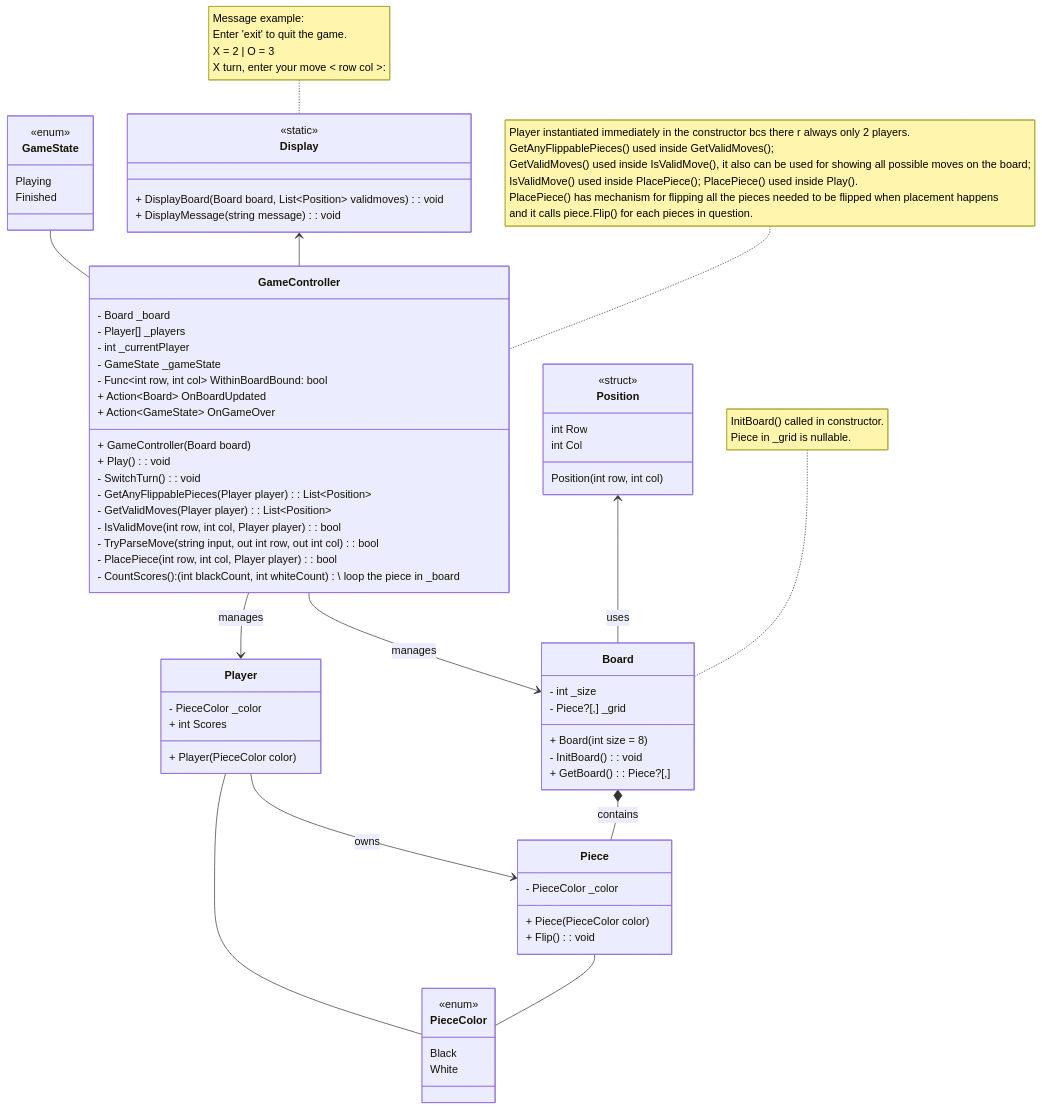
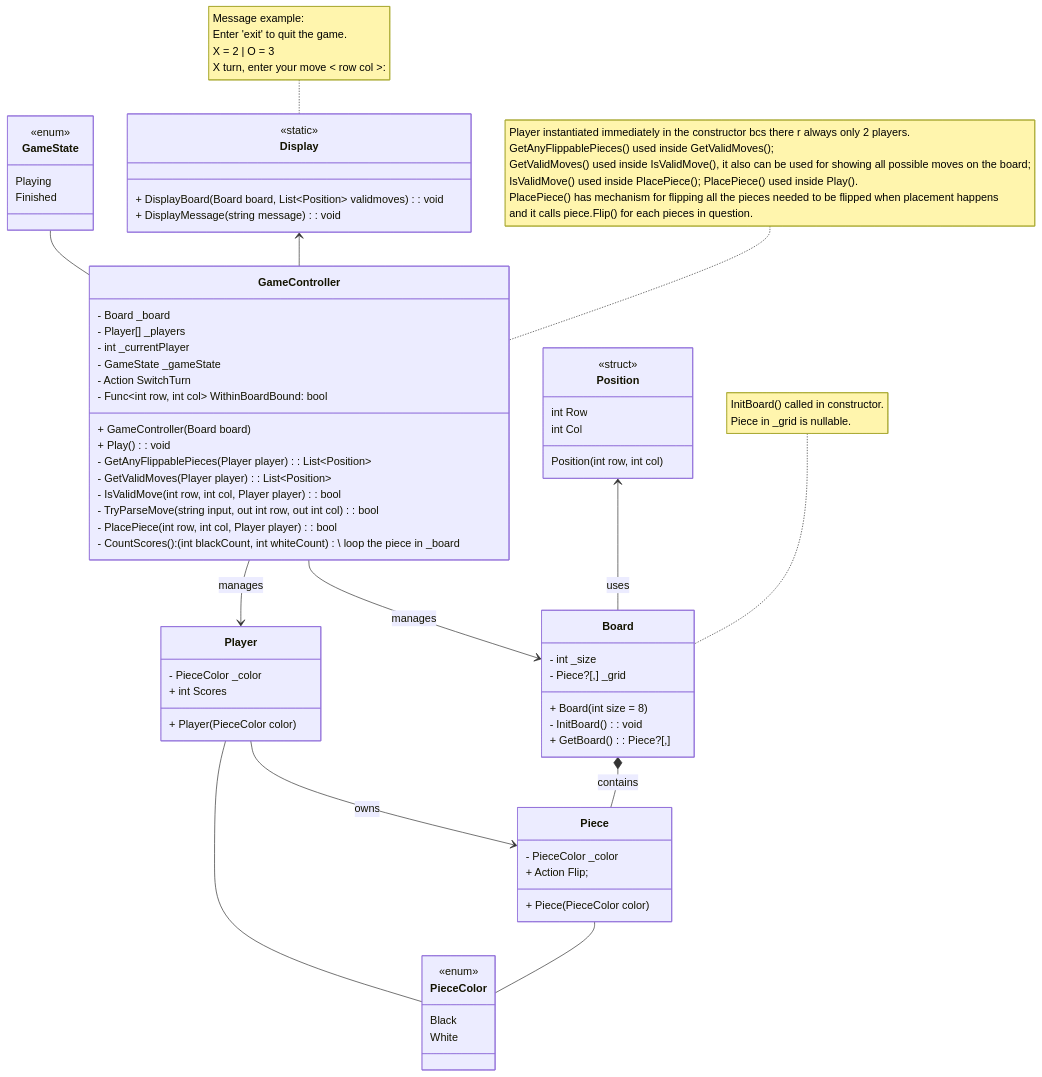
One commit to soniaagst/project-sonia changed the diagram in BoardGame/othelloworld.mmd. Above: the diagram before and after it, drawn with Mermaid.

Commit message:
updated class diagram

```diff
--- a/BoardGame/othelloworld.mmd
+++ b/BoardGame/othelloworld.mmd
@@ -1,125 +1,123 @@
 classDiagram
     GameController --> Board : manages
     GameController --> Player : manages
     GameState -- GameController
     Display <-- GameController
     Board *-- Piece : contains
     Position <-- Board : uses
     Player --> Piece : owns
     Player -- PieceColor
     Piece -- PieceColor
 
     class Display {
         <<static>>
         + DisplayBoard(Board board, List~Position~ validmoves): void
         + DisplayMessage(string message): void
     }
     note for Display "Message example:
     Enter 'exit' to quit the game.
     X = 2 | O = 3
     X turn, enter your move < row col >: 
     "
 
     class GameController {
         - Board _board
         - Player[] _players
         - int _currentPlayer
         - GameState _gameState
+        - Action SwitchTurn
+        - Func~int row, int col~ WithinBoardBound: bool
         + GameController(Board board)
         + Play(): void
-        - SwitchTurn(): void
         - GetAnyFlippablePieces(Player player): List~Position~
         - GetValidMoves(Player player): List~Position~
         - IsValidMove(int row, int col, Player player): bool
-        - Func~int row, int col~ WithinBoardBound: bool
         - TryParseMove(string input, out int row, out int col): bool
         - PlacePiece(int row, int col, Player player): bool
         - CountScores(): (int blackCount, int whiteCount) \\ loop the piece in _board
-        + Action~Board~ OnBoardUpdated
-        + Action~GameState~ OnGameOver
     }
     note for GameController "Player instantiated immediately in the constructor bcs there r always only 2 players.
     GetAnyFlippablePieces() used inside GetValidMoves();
     GetValidMoves() used inside IsValidMove(), it also can be used for showing all possible moves on the board;
     IsValidMove() used inside PlacePiece(); PlacePiece() used inside Play().
     PlacePiece() has mechanism for flipping all the pieces needed to be flipped when placement happens
     and it calls piece.Flip() for each pieces in question.
     "
 
     class Board {
         - int _size
         - Piece?[,] _grid
         + Board(int size = 8)
         - InitBoard(): void
         + GetBoard(): Piece?[,]
     }
     note for Board "InitBoard() called in constructor.
     Piece in _grid is nullable."
 
     class Piece {
         - PieceColor _color
+        + Action Flip;
         + Piece(PieceColor color)
-        + Flip(): void
     }
 
     class Player {
         - PieceColor _color
         + int Scores
         + Player(PieceColor color)
     }
 
     class Position {
         <<struct>>
         int Row
         int Col
         Position(int row, int col)
     }
 
     class PieceColor {
         <<enum>>
         Black
         White
     }
     %% Black marked with X, White marked with O
 
     class GameState {
         <<enum>>
         Playing
         Finished
     }
 
 
 %% Rules:
 
 %% 2 players (Black & White), on 8x8 board.
 
 %% Initial board: 4 pieces at the center with this configuration:
 %% W B
 %% B W
 
 %% Black moves first.
 
 %% Black (White) place a black (white) piece on the board, 
 %% in such a way that there is at least one straight 
 %% (horizontal, vertical, or diagonal) occupied line 
 %% between the new piece and another black (white) piece, 
 %% with one or more contiguous white (black) pieces between them.
 
 %% After placing the piece, 
 %% Black (White) flips all white pieces lying on a straight line
 %% between the new piece and any existing black (white) pieces.
 
 %% All flipped pieces are now black (white).
 
 %% Players alternate taking turns.
 
 %% If a player does not have any valid moves,
 %% play passes back to the other player.
 
 %% When neither player can move, the game ends.
 
 %% A game of Othello may end before the board is completely filled.
 
 %% The player with the most pieces on the board at the end of the game wins.
 
 %% If both players have the same number of pieces, then the game is a draw.
```
